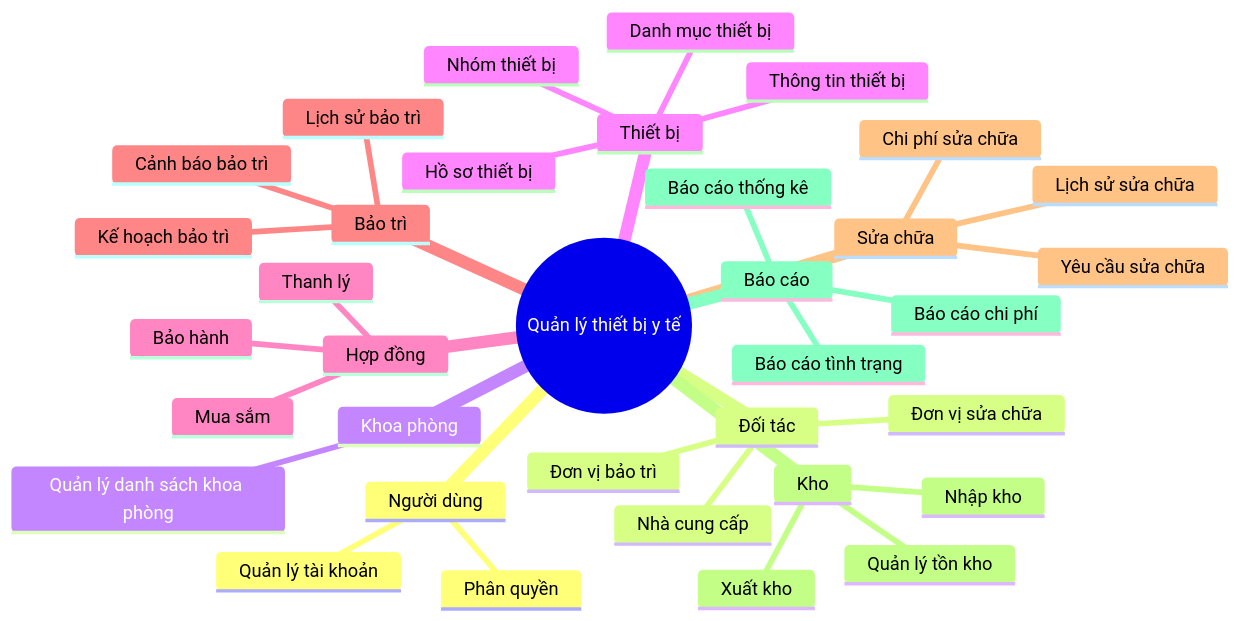
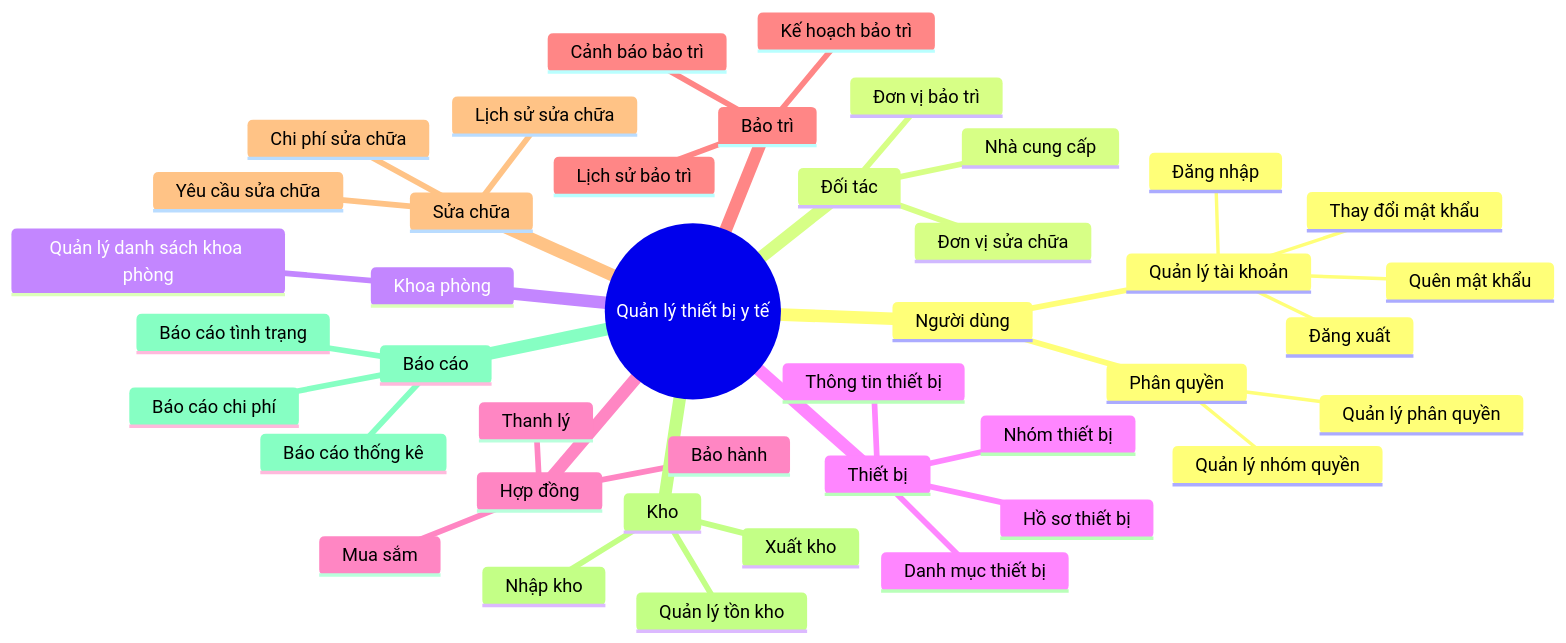
The diagram in mindmap.md (nthanhdo/mems-brainstorm), drawn with Mermaid before and after one commit.

````diff
--- a/mindmap.md
+++ b/mindmap.md
@@ -1,42 +1,50 @@
 ```mermaid
 mindmap
   root((Quản lý thiết bị y tế))
     Người dùng
       Quản lý tài khoản
+         Đăng nhập
+         Đăng xuất
+         Thay đổi mật khẩu
+         Quên mật khẩu
+         
       Phân quyền
+         Quản lý nhóm quyền
+         Quản lý phân quyền
+
     Đối tác
       Nhà cung cấp
       Đơn vị bảo trì
       Đơn vị sửa chữa
     Khoa phòng
       Quản lý danh sách khoa phòng
       
     Thiết bị
       Nhóm thiết bị
       Danh mục thiết bị
       Thông tin thiết bị
       Hồ sơ thiết bị
 
     Hợp đồng
       Mua sắm
       Bảo hành
       Thanh lý
     Bảo trì
       Kế hoạch bảo trì
       Lịch sử bảo trì
       Cảnh báo bảo trì
     Sửa chữa
       Yêu cầu sửa chữa
       Lịch sử sửa chữa
       Chi phí sửa chữa
     Kho
       Quản lý tồn kho
       Nhập kho
       Xuất kho
     Báo cáo
       Báo cáo thống kê
       Báo cáo tình trạng
       Báo cáo chi phí
    
 
 ```
````
